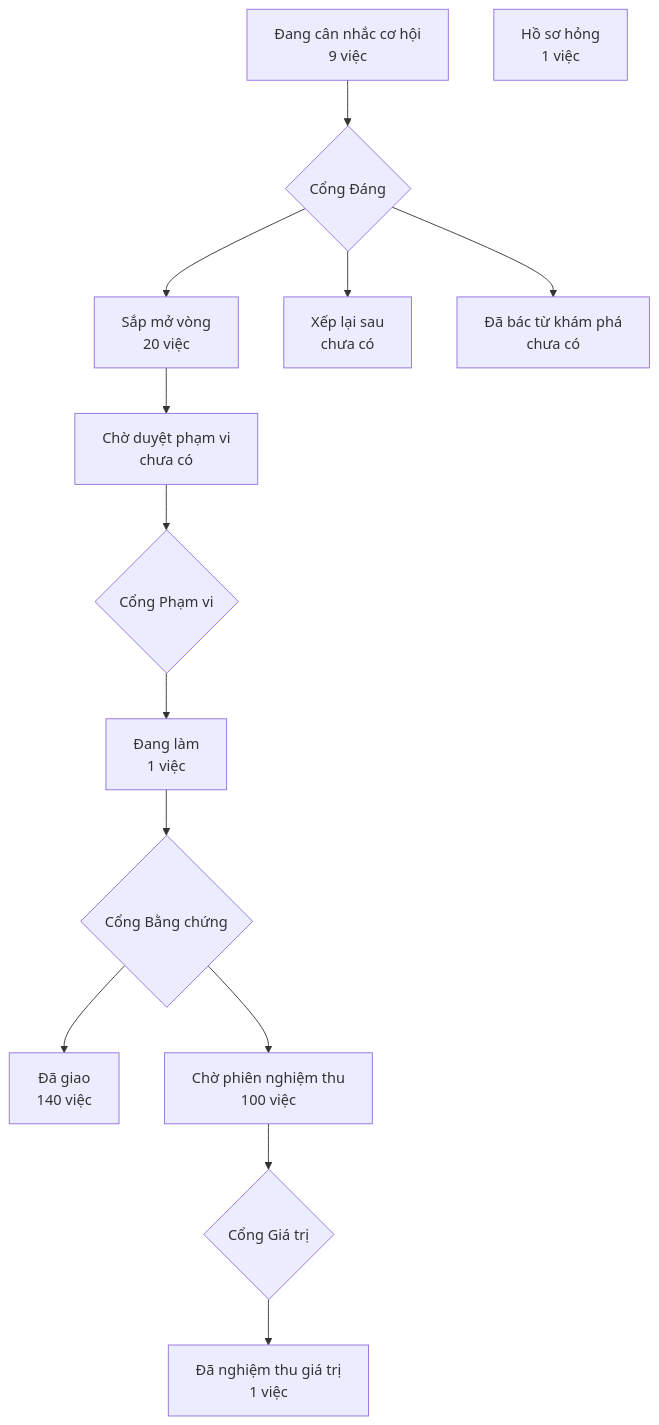
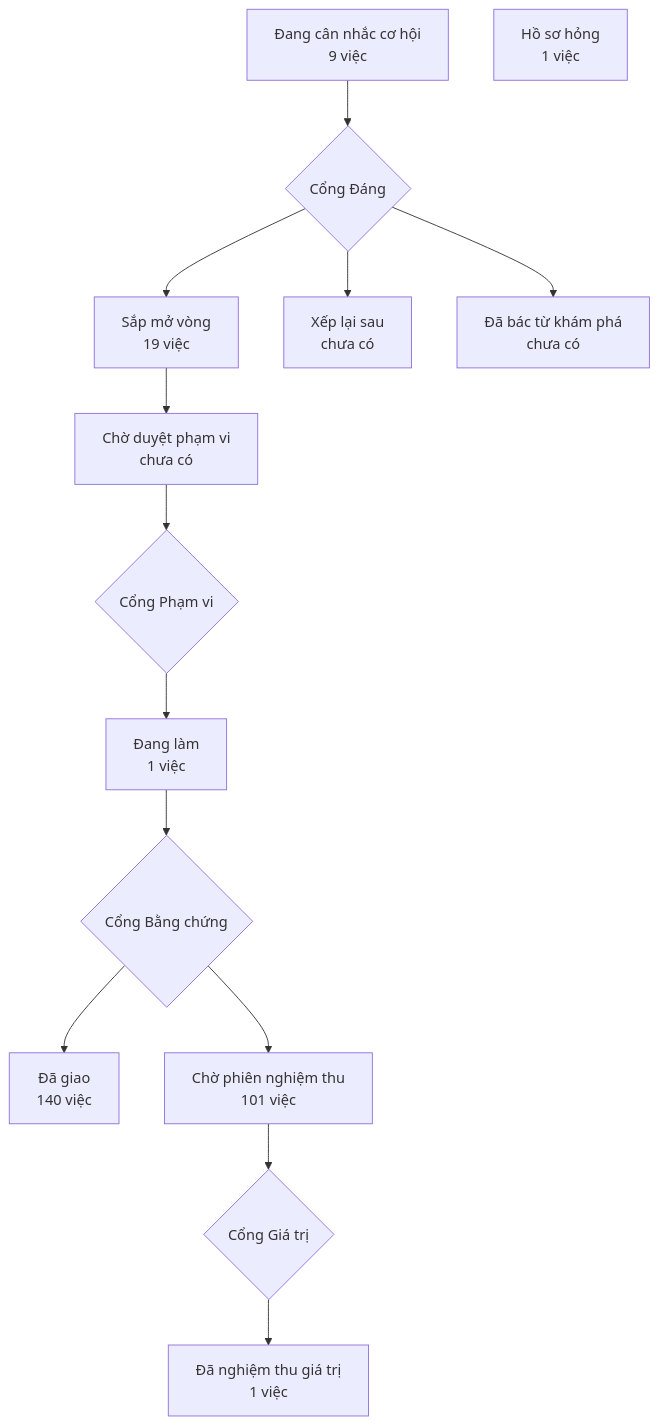
The diagram in PRODUCT-MAP.md (phanlemanh/crm-onehub), drawn with Mermaid before and after one commit. The commit also changed 3 other files, not shown here.

````diff
--- a/PRODUCT-MAP.md
+++ b/PRODUCT-MAP.md
@@ -7,13 +7,13 @@
 ```mermaid
 flowchart TD
   A["Đang cân nhắc cơ hội<br/>9 việc"] --> GD{"Cổng Đáng"}
-  GD --> B["Sắp mở vòng<br/>20 việc"]
+  GD --> B["Sắp mở vòng<br/>19 việc"]
   GD --> XL["Xếp lại sau<br/>chưa có"]
   GD --> DB["Đã bác từ khám phá<br/>chưa có"]
   B --> CD["Chờ duyệt phạm vi<br/>chưa có"] --> GP{"Cổng Phạm vi"}
   GP --> DL["Đang làm<br/>1 việc"] --> GB{"Cổng Bằng chứng"}
   GB --> DG["Đã giao<br/>140 việc"]
-  GB --> CN["Chờ phiên nghiệm thu<br/>100 việc"] --> GG{"Cổng Giá trị"}
+  GB --> CN["Chờ phiên nghiệm thu<br/>101 việc"] --> GG{"Cổng Giá trị"}
   GG --> NT["Đã nghiệm thu giá trị<br/>1 việc"]
   HS["Hồ sơ hỏng<br/>1 việc"]
 ```
````
